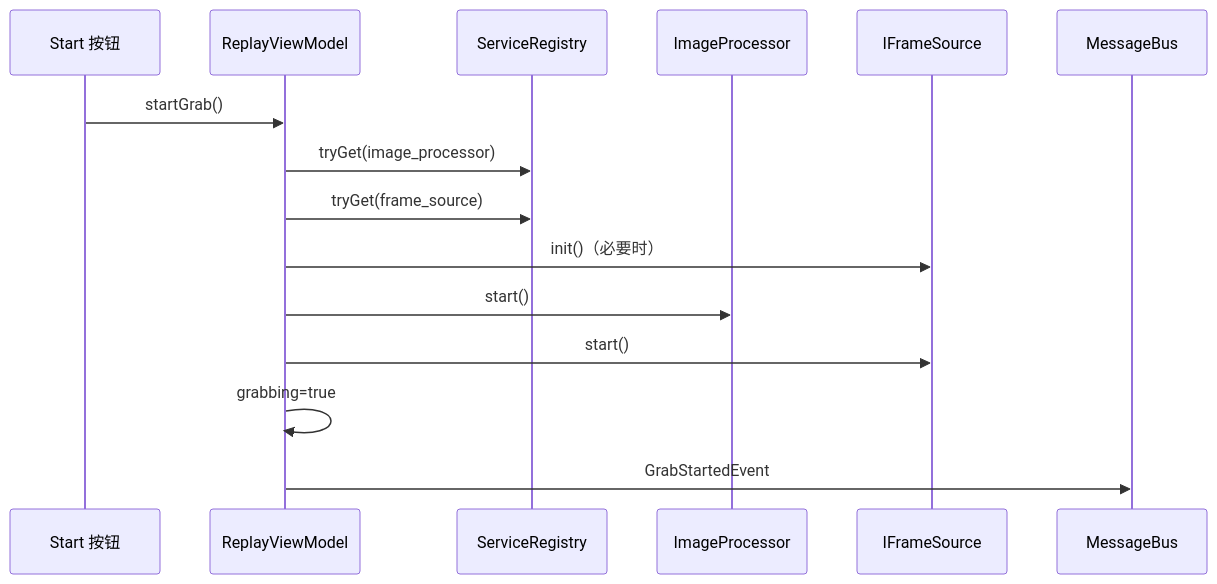
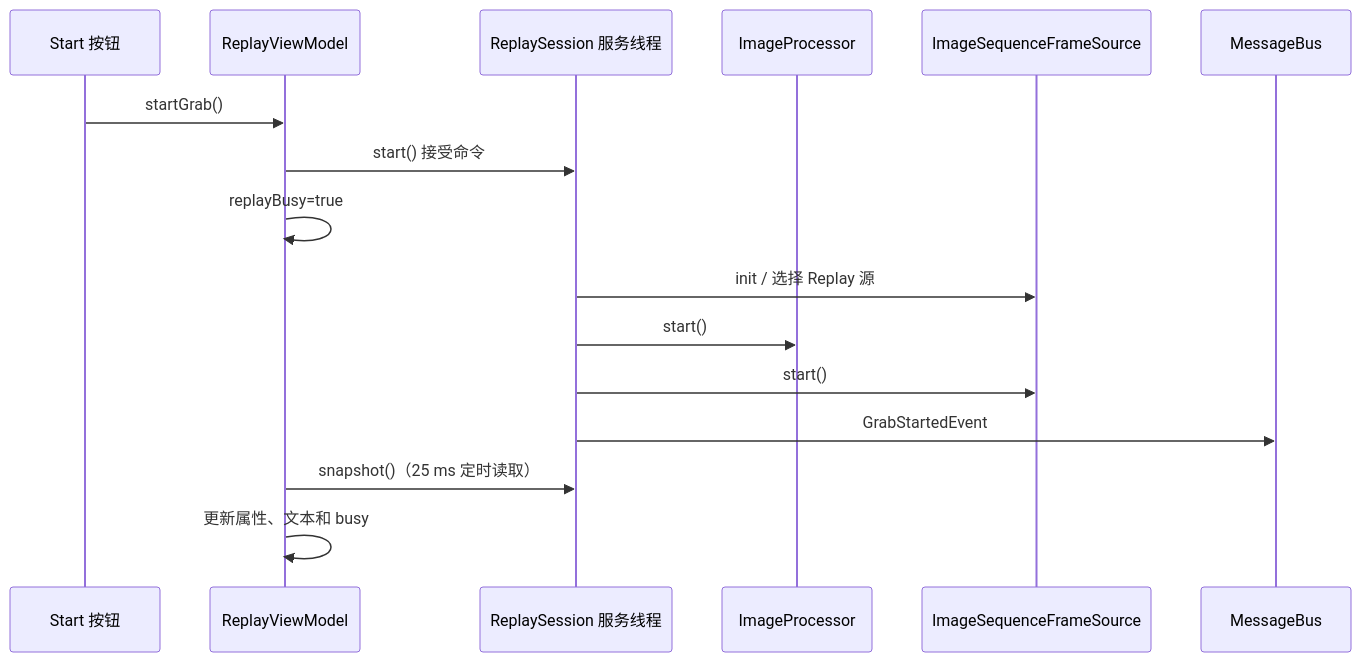
One commit to with-fair-wind/1mZGG changed the fourth of 10 diagrams in docs/module-ui.md. Above: the diagram before and after it, drawn with Mermaid. The commit also changed other lines of this file and 116 other files, not shown here.

````diff
--- a/docs/module-ui.md
+++ b/docs/module-ui.md
@@ -281,18 +281,18 @@
 ```mermaid
 sequenceDiagram
     participant Button as Start 按钮
     participant Replay as ReplayViewModel
-    participant Registry as ServiceRegistry
+    participant Session as ReplaySession 服务线程
     participant Processor as ImageProcessor
-    participant Source as IFrameSource
+    participant Source as ImageSequenceFrameSource
     participant Bus as MessageBus
-
     Button->>Replay: startGrab()
-    Replay->>Registry: tryGet(image_processor)
-    Replay->>Registry: tryGet(frame_source)
-    Replay->>Source: init()（必要时）
-    Replay->>Processor: start()
-    Replay->>Source: start()
-    Replay->>Replay: grabbing=true
-    Replay->>Bus: GrabStartedEvent
+    Replay->>Session: start() 接受命令
+    Replay->>Replay: replayBusy=true
+    Session->>Source: init / 选择 Replay 源
+    Session->>Processor: start()
+    Session->>Source: start()
+    Session->>Bus: GrabStartedEvent
+    Replay->>Session: snapshot()（25 ms 定时读取）
+    Replay->>Replay: 更新属性、文本和 busy
 ```
````
